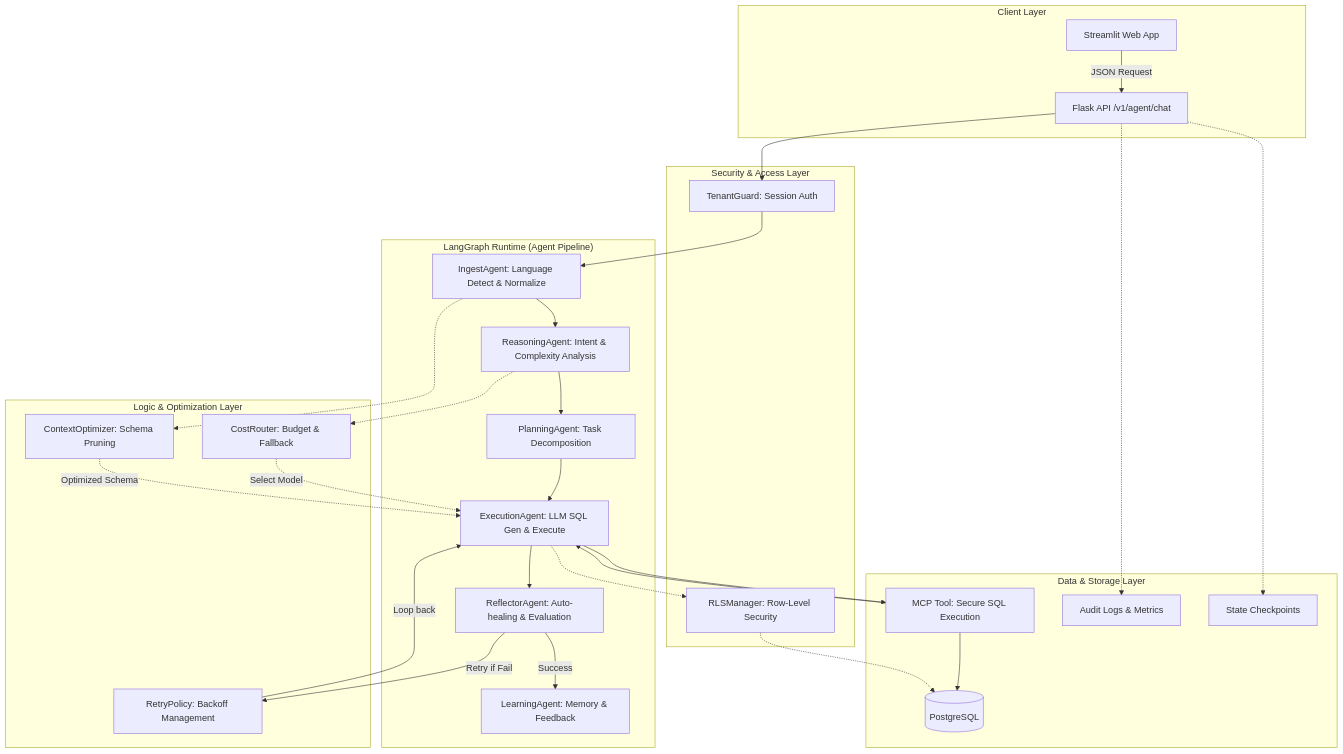
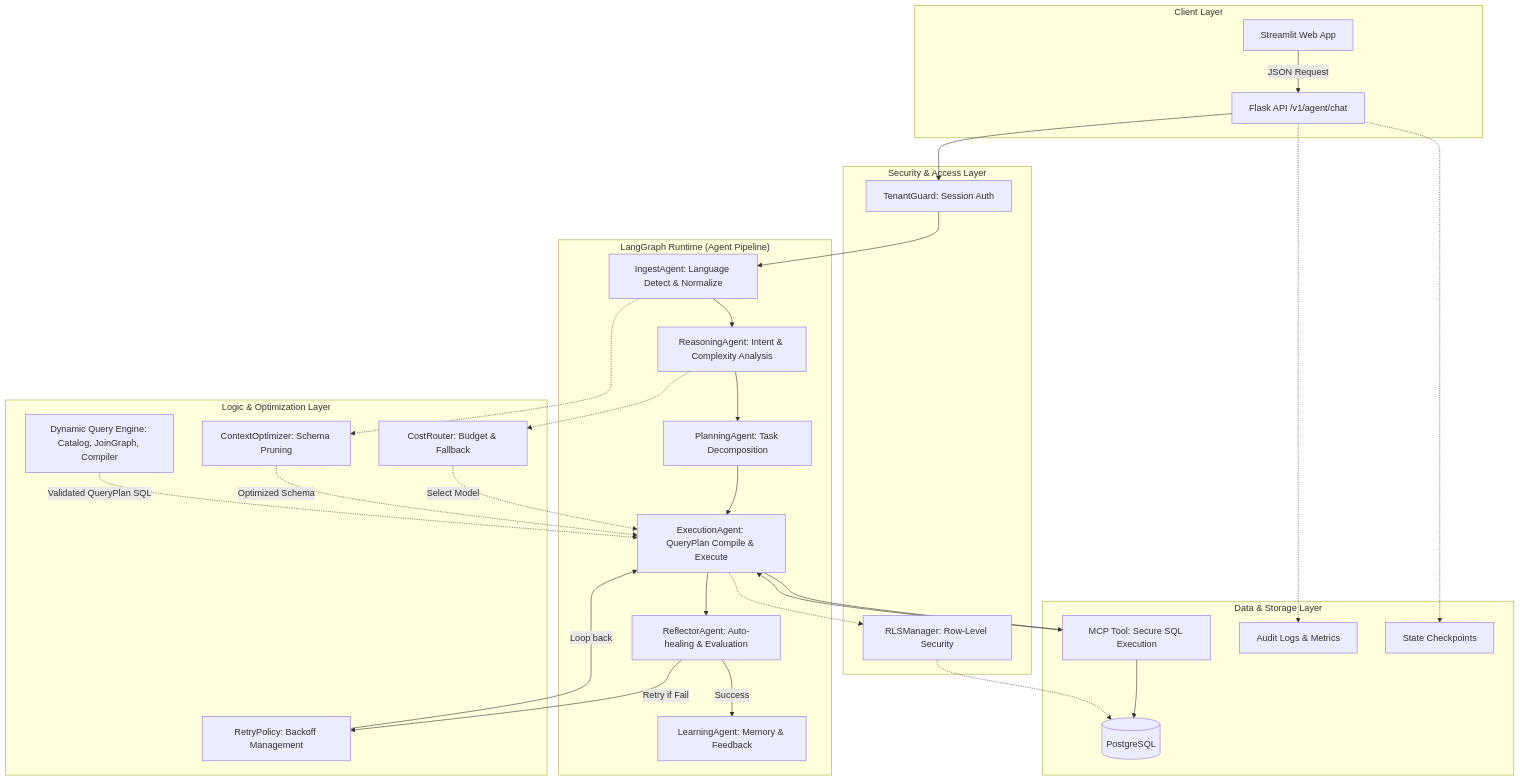
One commit to phunhph/agentic_ai_v2 changed the diagram in docs/ARCHITECTURE.md. Above: the diagram before and after it, drawn with Mermaid. The commit also changed other lines of this file and 32 other files, not shown here.

````diff
--- a/docs/ARCHITECTURE.md
+++ b/docs/ARCHITECTURE.md
@@ -11,59 +11,61 @@
 ```mermaid
 flowchart TD
     subgraph ClientLayer ["Client Layer"]
         UI[Streamlit Web App]
         API[Flask API /v1/agent/chat]
     end
 
     subgraph SecurityLayer ["Security & Access Layer"]
         TG[TenantGuard: Session Auth]
         RLS[RLSManager: Row-Level Security]
     end
 
     subgraph LangGraphRuntime ["LangGraph Runtime (Agent Pipeline)"]
         IA[IngestAgent: Language Detect & Normalize]
         RA[ReasoningAgent: Intent & Complexity Analysis]
         PA[PlanningAgent: Task Decomposition]
-        EA[ExecutionAgent: LLM SQL Gen & Execute]
+        EA[ExecutionAgent: QueryPlan Compile & Execute]
         RefA[ReflectorAgent: Auto-healing & Evaluation]
         LA[LearningAgent: Memory & Feedback]
     end
 
     subgraph LogicLayer ["Logic & Optimization Layer"]
         CR[CostRouter: Budget & Fallback]
         CO[ContextOptimizer: Schema Pruning]
+        QE[Dynamic Query Engine: Catalog, JoinGraph, Compiler]
         RP[RetryPolicy: Backoff Management]
     end
 
     subgraph DataLayer ["Data & Storage Layer"]
         DB[(PostgreSQL)]
         MCP[MCP Tool: Secure SQL Execution]
         Audit[Audit Logs & Metrics]
         Checkpoint[State Checkpoints]
     end
 
     %% Flow
     UI -->|JSON Request| API
     API --> TG
     TG --> IA
     IA --> RA
     RA --> PA
     PA --> EA
     EA --> MCP
     MCP --> DB
     MCP --> EA
     EA --> RefA
     RefA -->|Retry if Fail| RP
     RP -->|Loop back| EA
     RefA -->|Success| LA
 
     %% Side tasks
     RA -.-> CR
     CR -.->|Select Model| EA
     IA -.-> CO
     CO -.->|Optimized Schema| EA
+    QE -.->|Validated QueryPlan SQL| EA
     EA -.-> RLS
     RLS -.-> DB
     API -.-> Audit
     API -.-> Checkpoint
 ```
````
